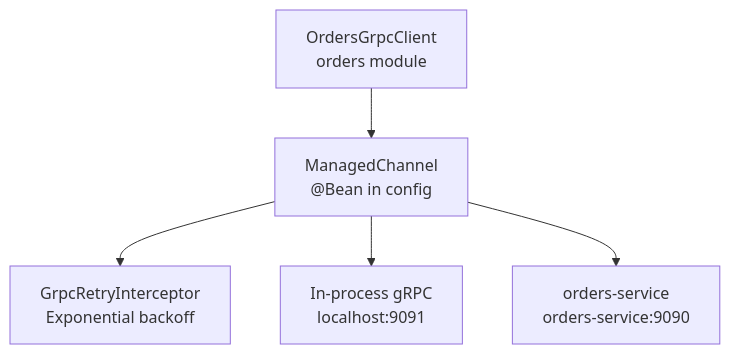
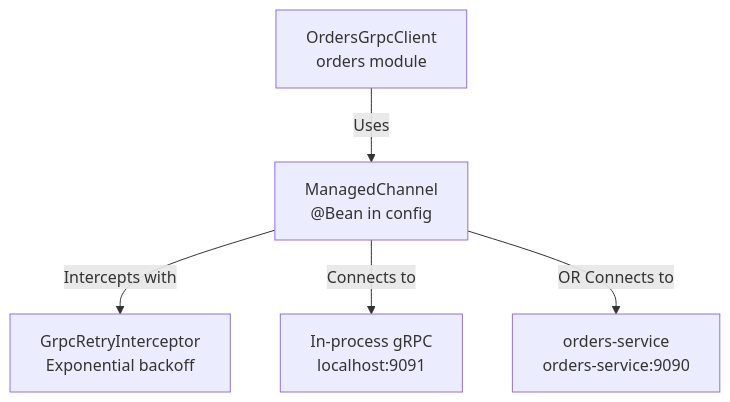
Before and after one commit to philipz/spring-modular-monolith: the fourth of 8 diagrams in docs/deepwiki/Config-Module.md, drawn with Mermaid. The commit also changed other lines of this file and 55 other files, not shown here.

````diff
--- a/docs/deepwiki/Config-Module.md
+++ b/docs/deepwiki/Config-Module.md
@@ -265,14 +265,14 @@
 ```mermaid
 flowchart TD
 
 GrpcClient["OrdersGrpcClient<br>orders module"]
 Channel["ManagedChannel<br>@Bean in config"]
 RetryInterceptor["GrpcRetryInterceptor<br>Exponential backoff"]
 Server1["In-process gRPC<br>localhost:9091"]
 Server2["orders-service<br>orders-service:9090"]
 
-GrpcClient --> Channel
-Channel --> RetryInterceptor
-Channel --> Server1
-Channel --> Server2
+GrpcClient -->|"Uses"| Channel
+Channel -->|"Intercepts with"| RetryInterceptor
+Channel -->|"Connects to"| Server1
+Channel -->|"OR Connects to"| Server2
 ```
````
